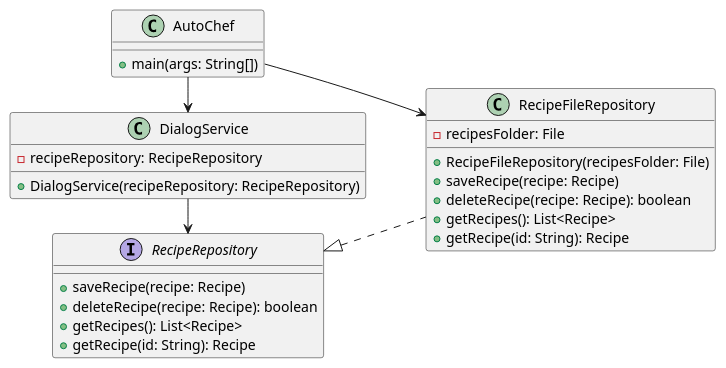
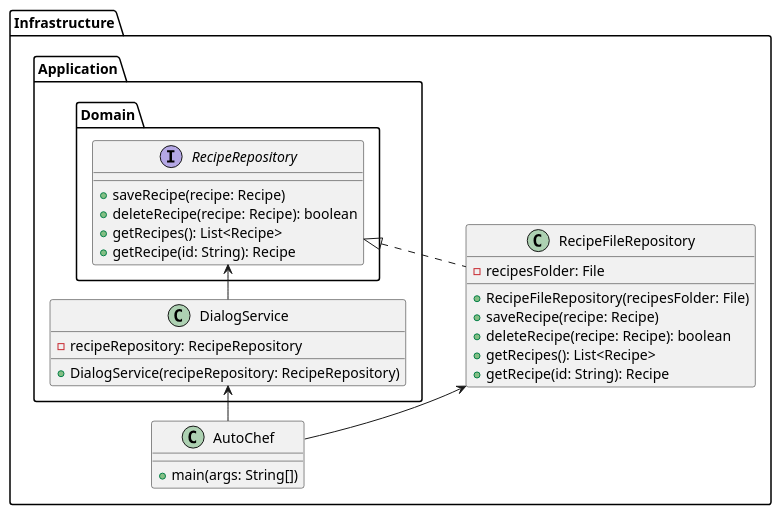
One commit to ncryptedV1/AutoChef changed the diagram in uml/dependency-rule-pos.iuml. Above: the diagram before and after it, drawn with PlantUML. The commit also changed 2 other files, not shown here.

```diff
--- a/uml/dependency-rule-pos.iuml
+++ b/uml/dependency-rule-pos.iuml
@@ -1,35 +1,41 @@
 @startuml
 
 left to right direction
 
-class AutoChef {
-  + main(args: String[])
+package "Infrastructure" {
+  class AutoChef {
+    + main(args: String[])
+  }
+
+  class RecipeFileRepository {
+    - recipesFolder: File
+    + RecipeFileRepository(recipesFolder: File)
+    + saveRecipe(recipe: Recipe)
+    + deleteRecipe(recipe: Recipe): boolean
+    + getRecipes(): List<Recipe>
+    + getRecipe(id: String): Recipe
+  }
+
+  package "Application" {
+    class DialogService {
+      - recipeRepository: RecipeRepository
+      + DialogService(recipeRepository: RecipeRepository)
+    }
+
+    package "Domain" {
+      interface RecipeRepository {
+        + saveRecipe(recipe: Recipe)
+        + deleteRecipe(recipe: Recipe): boolean
+        + getRecipes(): List<Recipe>
+        + getRecipe(id: String): Recipe
+      }
+    }
+  }
 }
 
-class DialogService {
-  - recipeRepository: RecipeRepository
-  + DialogService(recipeRepository: RecipeRepository)
-}
-
-interface RecipeRepository {
-  + saveRecipe(recipe: Recipe)
-  + deleteRecipe(recipe: Recipe): boolean
-  + getRecipes(): List<Recipe>
-  + getRecipe(id: String): Recipe
-}
-
-class RecipeFileRepository {
-  - recipesFolder: File
-  + RecipeFileRepository(recipesFolder: File)
-  + saveRecipe(recipe: Recipe)
-  + deleteRecipe(recipe: Recipe): boolean
-  + getRecipes(): List<Recipe>
-  + getRecipe(id: String): Recipe
-}
-
+AutoChef -> DialogService
 AutoChef -> RecipeFileRepository
-AutoChef -> DialogService
 DialogService -> RecipeRepository
 RecipeRepository <|.. RecipeFileRepository
 
 @enduml
```
